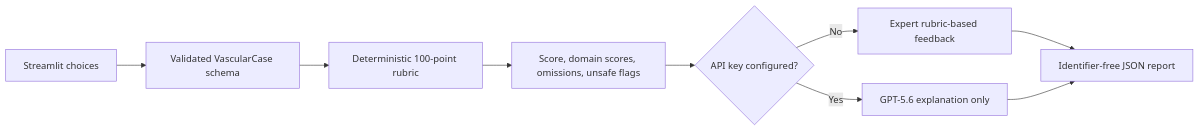
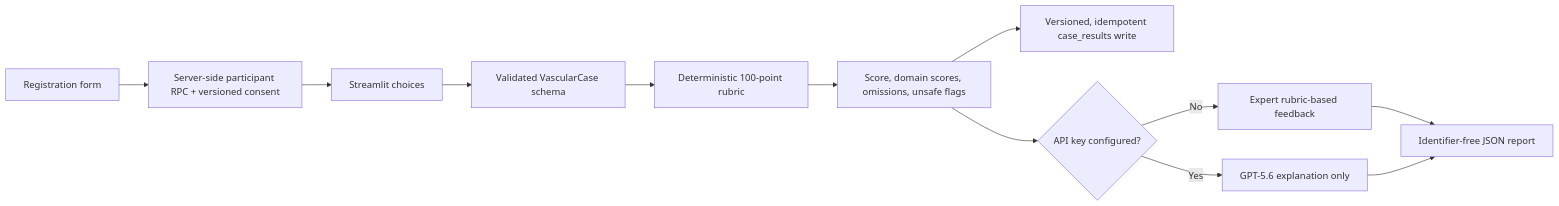
The diagram in README.md (Raedennab9/VascuCase_AI_Build_Week_MVP), drawn with Mermaid before and after one commit. The commit also changed other lines of this file and 22 other files, not shown here.

Commit message:
Add persistent registration and Supabase case result tracking

````diff
--- a/README.md
+++ b/README.md
@@ -37,11 +39,14 @@
 ```mermaid
 flowchart LR
-    A["Streamlit choices"] --> B["Validated VascularCase schema"]
+    REG["Registration form"] --> R["Server-side participant RPC + versioned consent"]
+    R --> A["Streamlit choices"]
+    A --> B["Validated VascularCase schema"]
     B --> C["Deterministic 100-point rubric"]
     C --> D["Score, domain scores, omissions, unsafe flags"]
+    D --> P["Versioned, idempotent case_results write"]
     D --> E{"API key configured?"}
     E -- No --> F["Expert rubric-based feedback"]
     E -- Yes --> G["GPT-5.6 explanation only"]
     F --> H["Identifier-free JSON report"]
     G --> H
 ```
````
